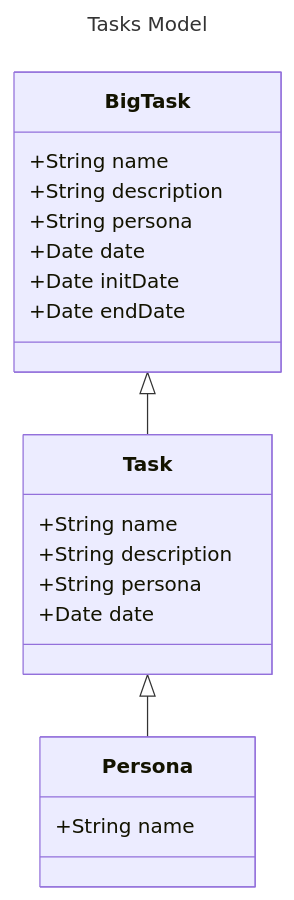
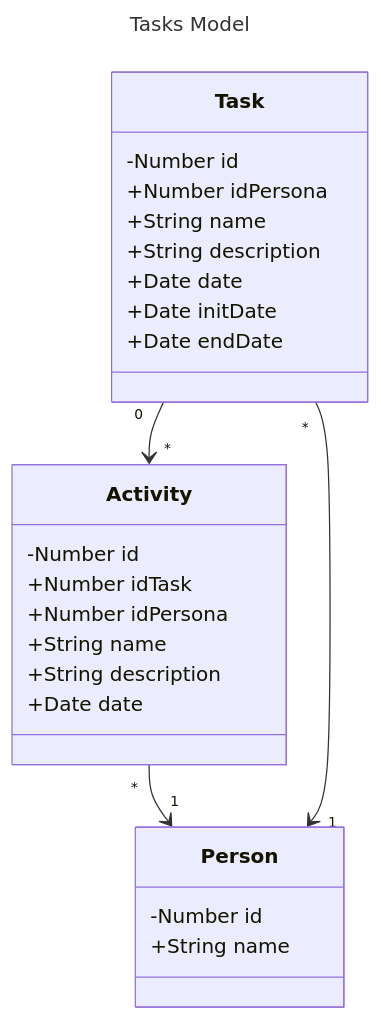
The diagram in app/tasks.md (AlfredoSanz-Indra/myPlanningBook), drawn with Mermaid before and after one commit. The commit also changed 3 other files, not shown here.

Commit message:
1.2.0 review diagrams

`````diff
--- a/app/tasks.md
+++ b/app/tasks.md
@@ -4,27 +4,31 @@
 ````mermaid
 ---
 title: Tasks Model
 ---
 classDiagram
-    
 
-    BigTask <|-- Task
-    Task <|-- Persona
-    class BigTask {
+    Task "0" --> "*" Activity
+    Activity "*" --> "1" Person
+    Task "*" --> "1" Person
+    class Task {
+        -Number id
+        +Number idPersona
         +String name
         +String description
-        +String persona
         +Date date
         +Date initDate
         +Date endDate
     }
-    class Task {
+    class Activity {
+        -Number id
+        +Number idTask
+        +Number idPersona
         +String name
         +String description
-        +String persona
         +Date date
     }
-    class Persona {
+    class Person {
+        -Number id
         +String name
     }
 ````
`````
